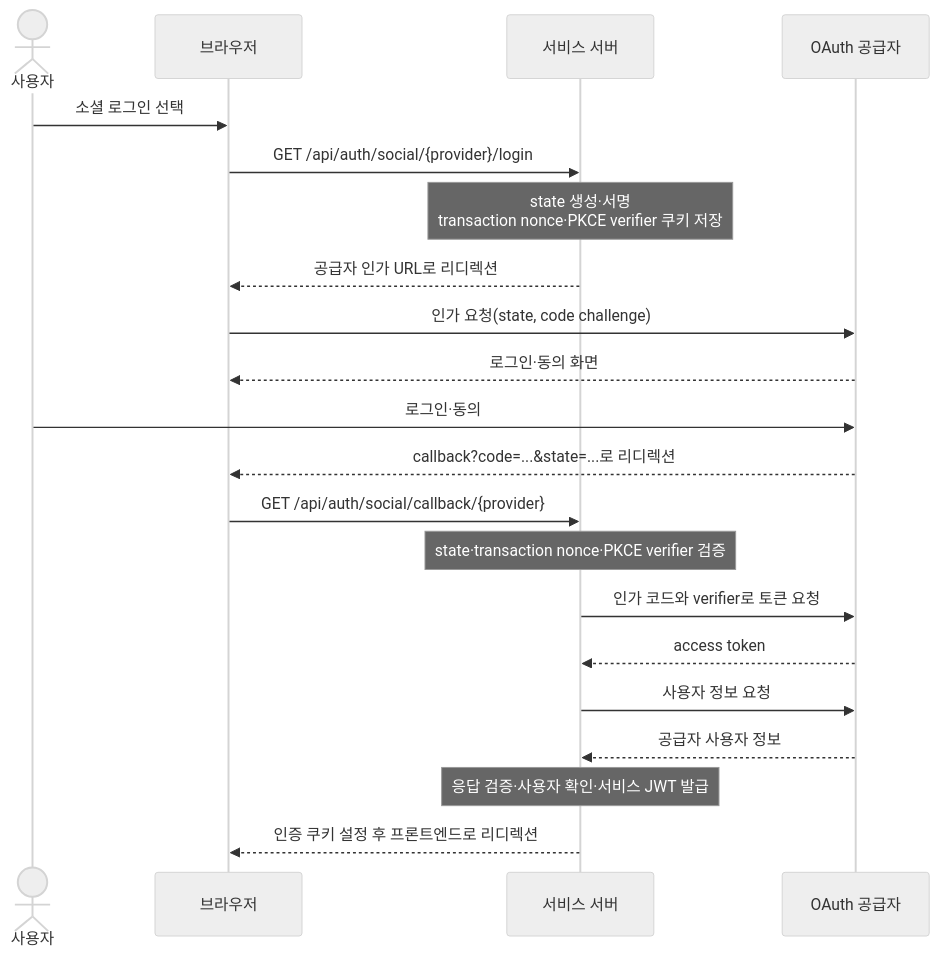
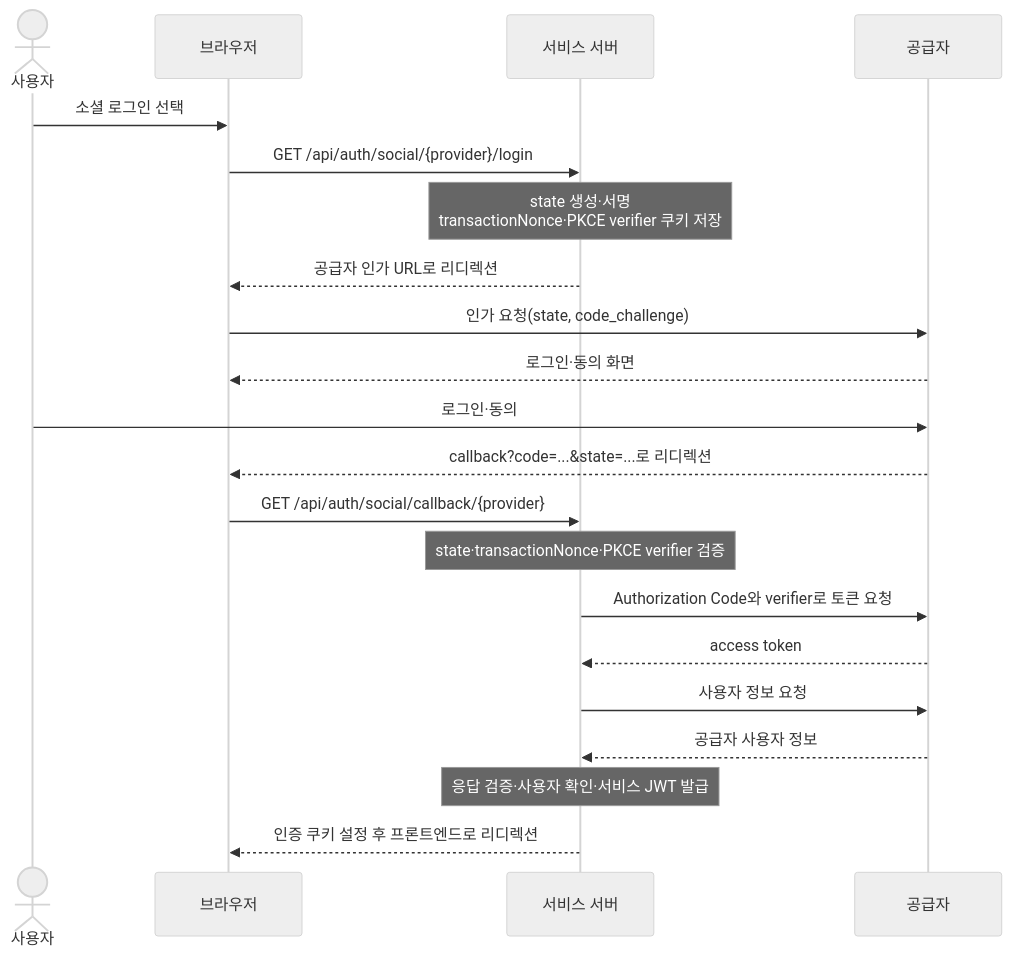
One commit to winverse/codeit-fs-social-oauth-starter changed the diagram in SOCIAL_LOGIN_FLOWS.md. Above: the diagram before and after it, drawn with Mermaid (neutral theme).

Commit message:
docs(34번): 로그인 흐름 그림 라벨을 교재 용어와 맞춘다
교재 34번 2장 05의 같은 그림과 글자까지 같게 라벨 5곳을 고친다.
공급자, transactionNonce(2곳), code_challenge, Authorization Code.

````diff
--- a/SOCIAL_LOGIN_FLOWS.md
+++ b/SOCIAL_LOGIN_FLOWS.md
@@ -5,24 +5,24 @@
 ```mermaid
 sequenceDiagram
     actor U as 사용자
     participant B as 브라우저
     participant S as 서비스 서버
-    participant P as OAuth 공급자
+    participant P as 공급자
 
     U->>B: 소셜 로그인 선택
     B->>S: GET /api/auth/social/{provider}/login
-    Note over S: state 생성·서명<br/>transaction nonce·PKCE verifier 쿠키 저장
+    Note over S: state 생성·서명<br/>transactionNonce·PKCE verifier 쿠키 저장
     S-->>B: 공급자 인가 URL로 리디렉션
-    B->>P: 인가 요청(state, code challenge)
+    B->>P: 인가 요청(state, code_challenge)
     P-->>B: 로그인·동의 화면
     U->>P: 로그인·동의
     P-->>B: callback?code=...&state=...로 리디렉션
     B->>S: GET /api/auth/social/callback/{provider}
-    Note over S: state·transaction nonce·PKCE verifier 검증
-    S->>P: 인가 코드와 verifier로 토큰 요청
+    Note over S: state·transactionNonce·PKCE verifier 검증
+    S->>P: Authorization Code와 verifier로 토큰 요청
     P-->>S: access token
     S->>P: 사용자 정보 요청
     P-->>S: 공급자 사용자 정보
     Note over S: 응답 검증·사용자 확인·서비스 JWT 발급
     S-->>B: 인증 쿠키 설정 후 프론트엔드로 리디렉션
 ```
````
